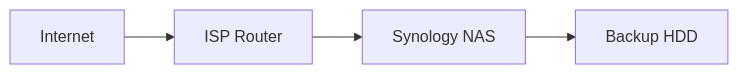
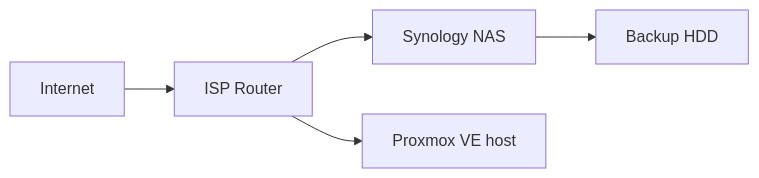
Before and after one commit to Labikk/home_lab: the diagram in 02_network/topology.md, drawn with Mermaid. The commit also changed 2 other files, not shown here.

Commit message:
Added new device [Proxmox VE host] Updated network topology by adding the new device Added new section for important solutions and advices New section linked in Readme file

````diff
--- a/02_network/topology.md
+++ b/02_network/topology.md
@@ -1,6 +1,7 @@
 ```mermaid
 graph LR
   Internet --> RouterISP[ISP Router]
     RouterISP --> Synology[Synology NAS]
+    RouterISP --> Gmktec[Proxmox VE host]
     Synology --> ExternalHD[Backup HDD]
 ```
````
